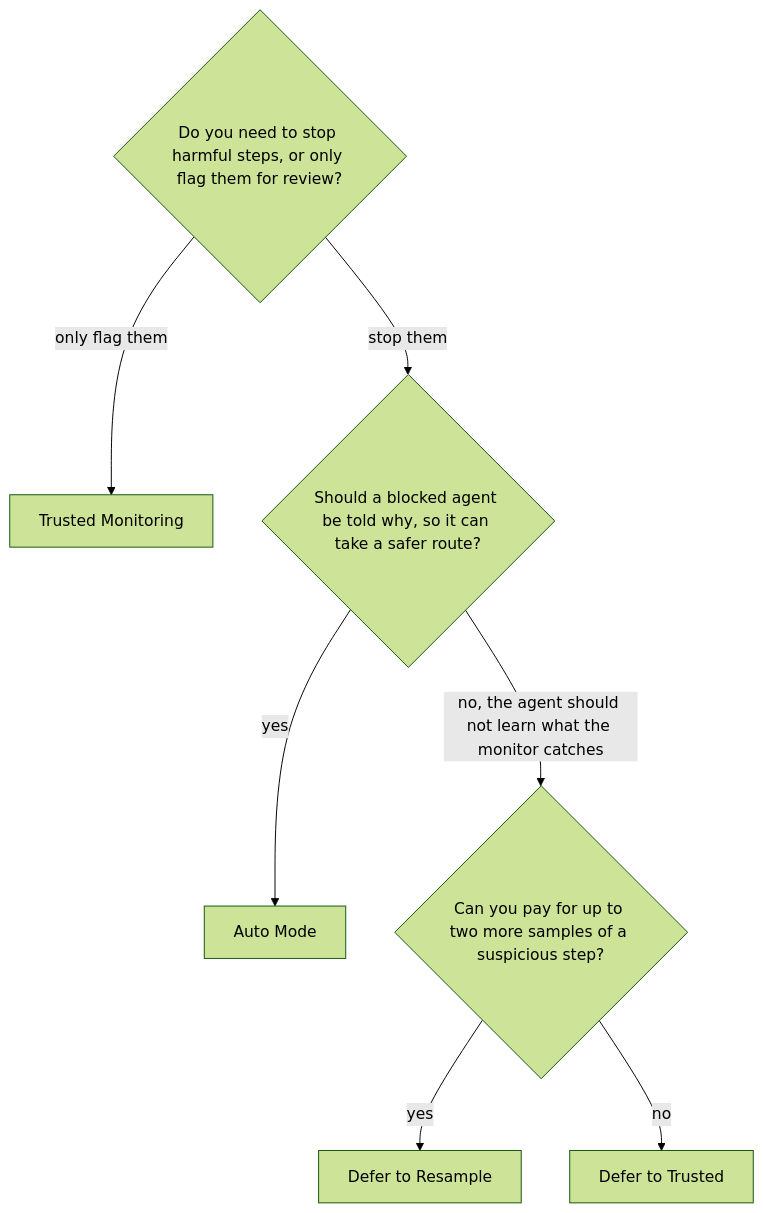
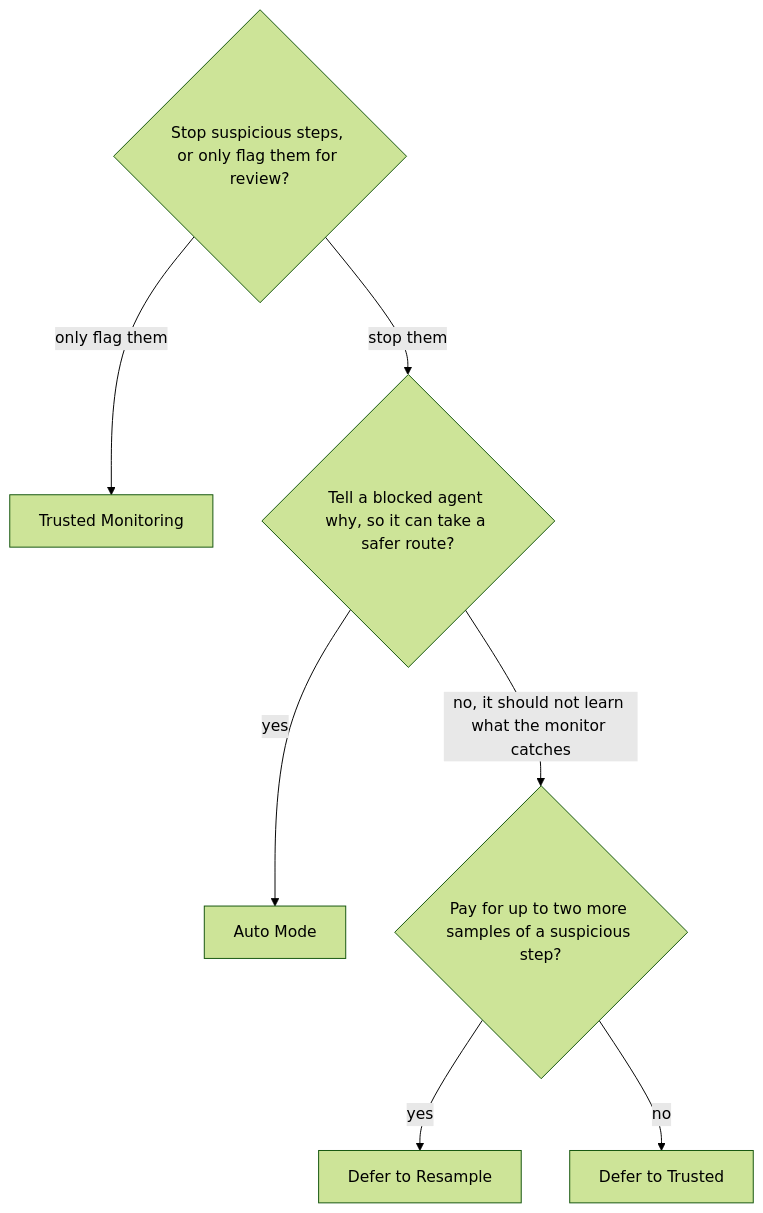
Before and after one commit to omamori-lab/langchain-sync-monitors: the diagram in docs/how-to/choose-a-protocol.md, drawn with Mermaid (forest theme). The commit also changed other lines of this file, not shown here.

First line of the commit message:
Rewrite the protocol chooser with what every protocol shares

````diff
--- a/docs/how-to/choose-a-protocol.md
+++ b/docs/how-to/choose-a-protocol.md
@@ -10,10 +15,10 @@
 ```mermaid
 flowchart TD
-    start{"Do you need to stop harmful steps, or only flag them for review?"}
+    start{"Stop suspicious steps, or only flag them for review?"}
     start -- "only flag them" --> monitoring["Trusted Monitoring"]
-    start -- "stop them" --> steer{"Should a blocked agent be told why, so it can take a safer route?"}
+    start -- "stop them" --> steer{"Tell a blocked agent why, so it can take a safer route?"}
     steer -- "yes" --> auto["Auto Mode"]
-    steer -- "no, the agent should not learn what the monitor catches" --> budget{"Can you pay for up to two more samples of a suspicious step?"}
+    steer -- "no, it should not learn what the monitor catches" --> budget{"Pay for up to two more samples of a suspicious step?"}
     budget -- "yes" --> resample["Defer to Resample"]
     budget -- "no" --> trusted["Defer to Trusted"]
 ```
````
